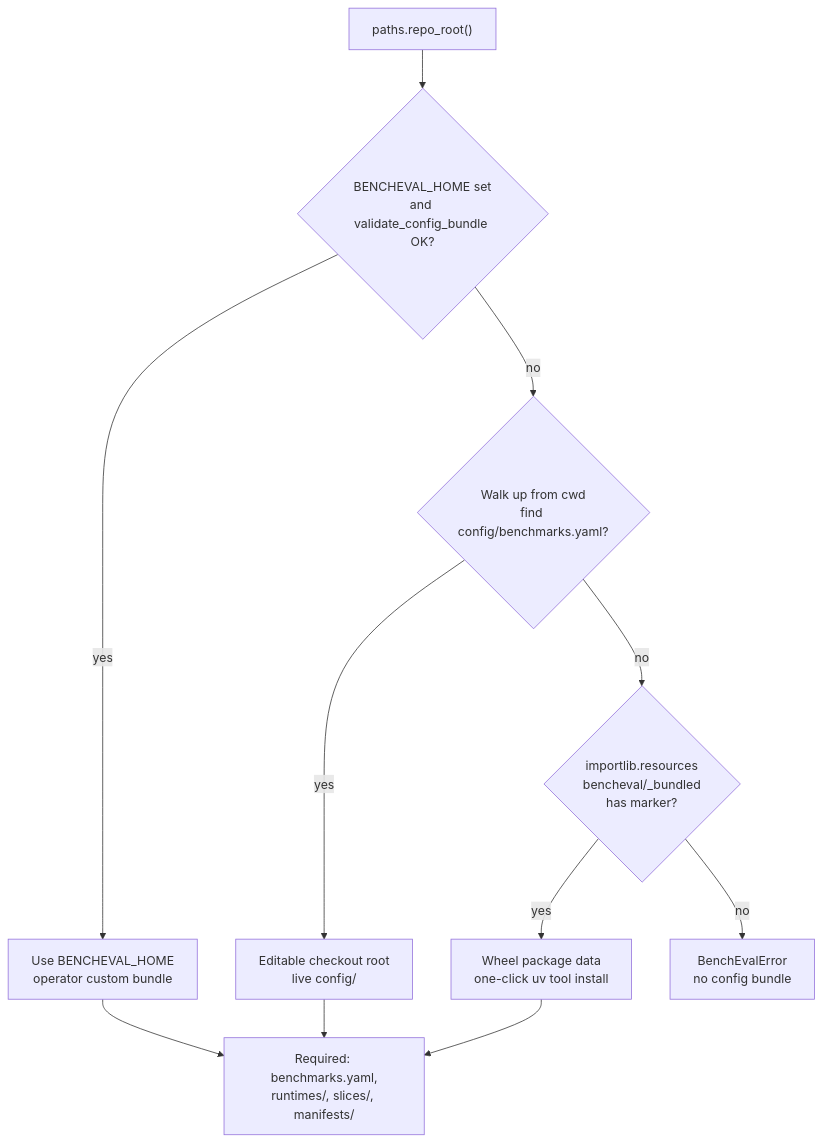
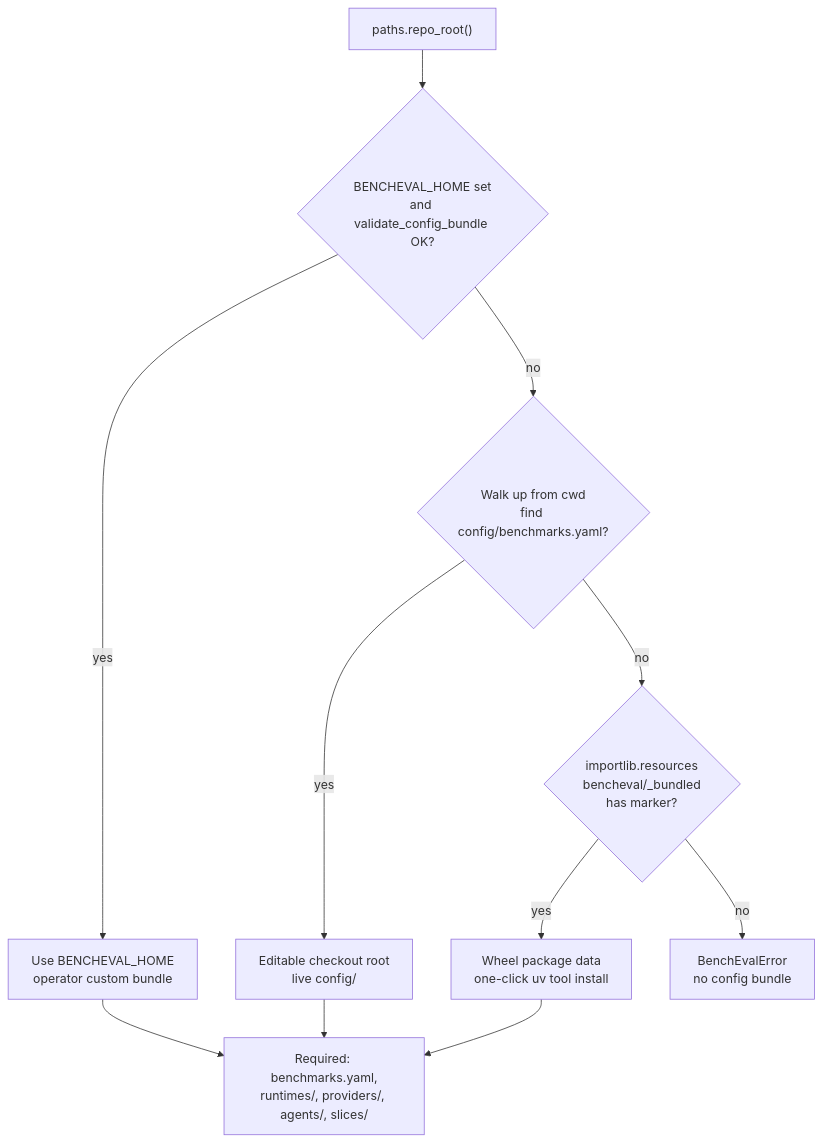
One commit to Lyther/BenchEval changed the diagram in docs/diagrams/config-resolution.md. Above: the diagram before and after it, drawn with Mermaid. The commit also changed 86 other files, not shown here.

````diff
--- a/docs/diagrams/config-resolution.md
+++ b/docs/diagrams/config-resolution.md
@@ -5,16 +5,16 @@
 ```mermaid
 flowchart TD
     Call["paths.repo_root()"]
 
     Call --> Env{"BENCHEVAL_HOME set<br/>and validate_config_bundle OK?"}
     Env -->|yes| Home["Use BENCHEVAL_HOME<br/>operator custom bundle"]
     Env -->|no| Cwd{"Walk up from cwd<br/>find config/benchmarks.yaml?"}
     Cwd -->|yes| Checkout["Editable checkout root<br/>live config/"]
     Cwd -->|no| Wheel{"importlib.resources<br/>bencheval/_bundled<br/>has marker?"}
     Wheel -->|yes| Bundled["Wheel package data<br/>one-click uv tool install"]
     Wheel -->|no| Fail["BenchEvalError<br/>no config bundle"]
 
-    Home --> Need["Required: benchmarks.yaml,<br/>runtimes/, slices/, manifests/"]
+    Home --> Need["Required: benchmarks.yaml,<br/>runtimes/, providers/, agents/, slices/"]
     Checkout --> Need
     Bundled --> Need
 ```
````
